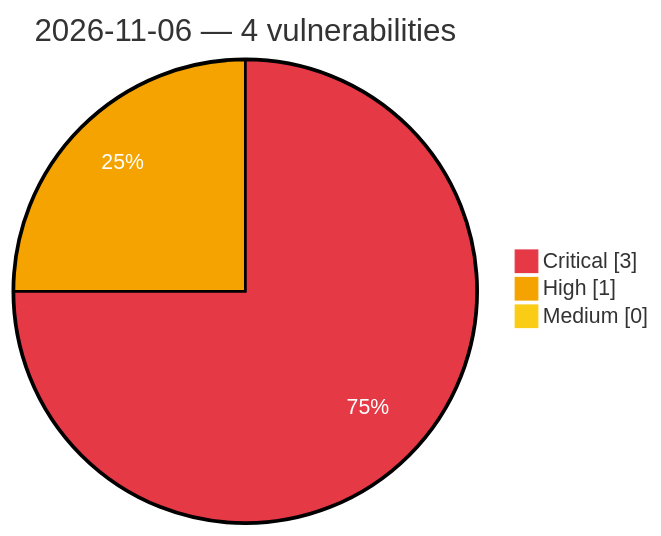
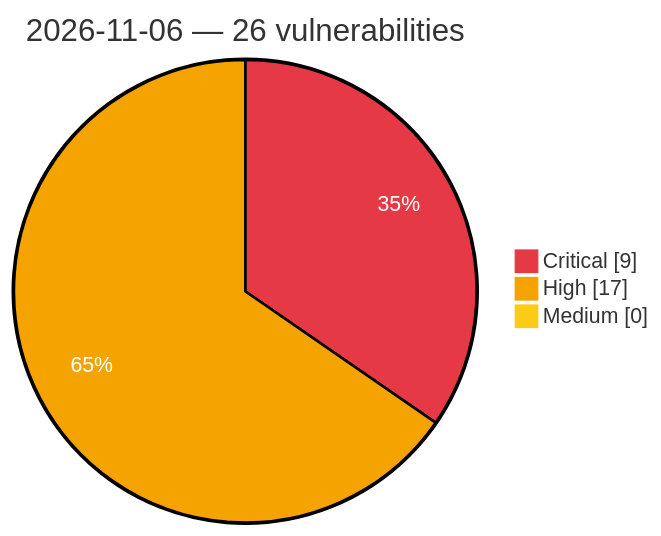
The diagram in vulnerabilities/2026/November/2026-11-06.md (GhostX0X/vuln-tracker), drawn with Mermaid before and after one commit. The commit also changed other lines of this file and 5 other files, not shown here.

Commit message:
Auto update: critical/high vulns (2026-11-06 12:56 UTC)

````diff
--- a/vulnerabilities/2026/November/2026-11-06.md
+++ b/vulnerabilities/2026/November/2026-11-06.md
@@ -3,8 +3,8 @@
 ```mermaid
 %%{init: {'theme':'base', 'themeVariables': {'pie1':'#e63946', 'pie2':'#f4a300', 'pie3':'#facc15', 'pieOpacity':'1', 'pieOuterStrokeWidth':'2px', 'pieSectionTextColor':'#ffffff'}}}%%
 pie showData
-    title 2026-11-06 — 4 vulnerabilities
-    "Critical" : 3
-    "High" : 1
+    title 2026-11-06 — 26 vulnerabilities
+    "Critical" : 9
+    "High" : 17
     "Medium" : 0
 ```
````
